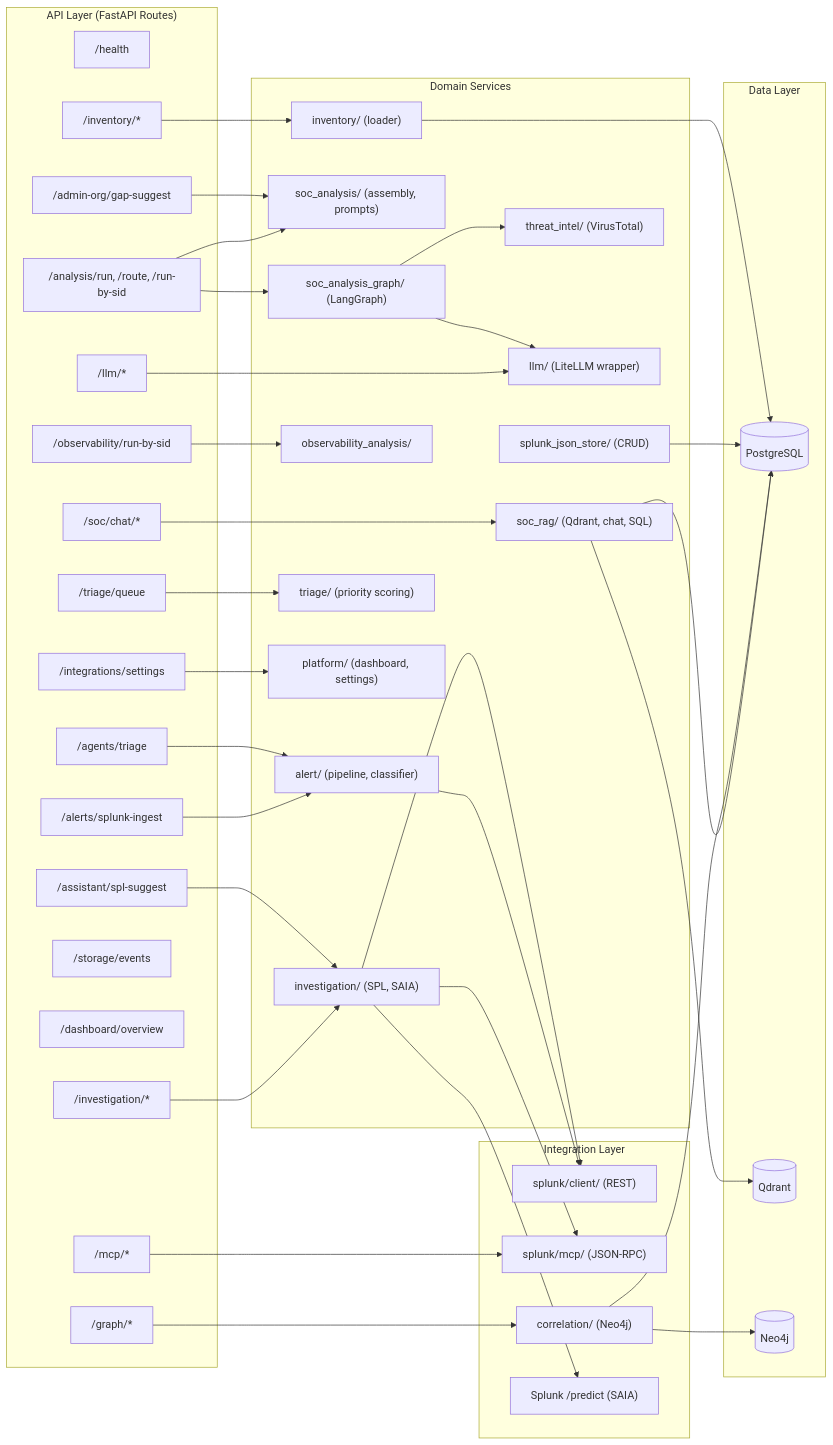
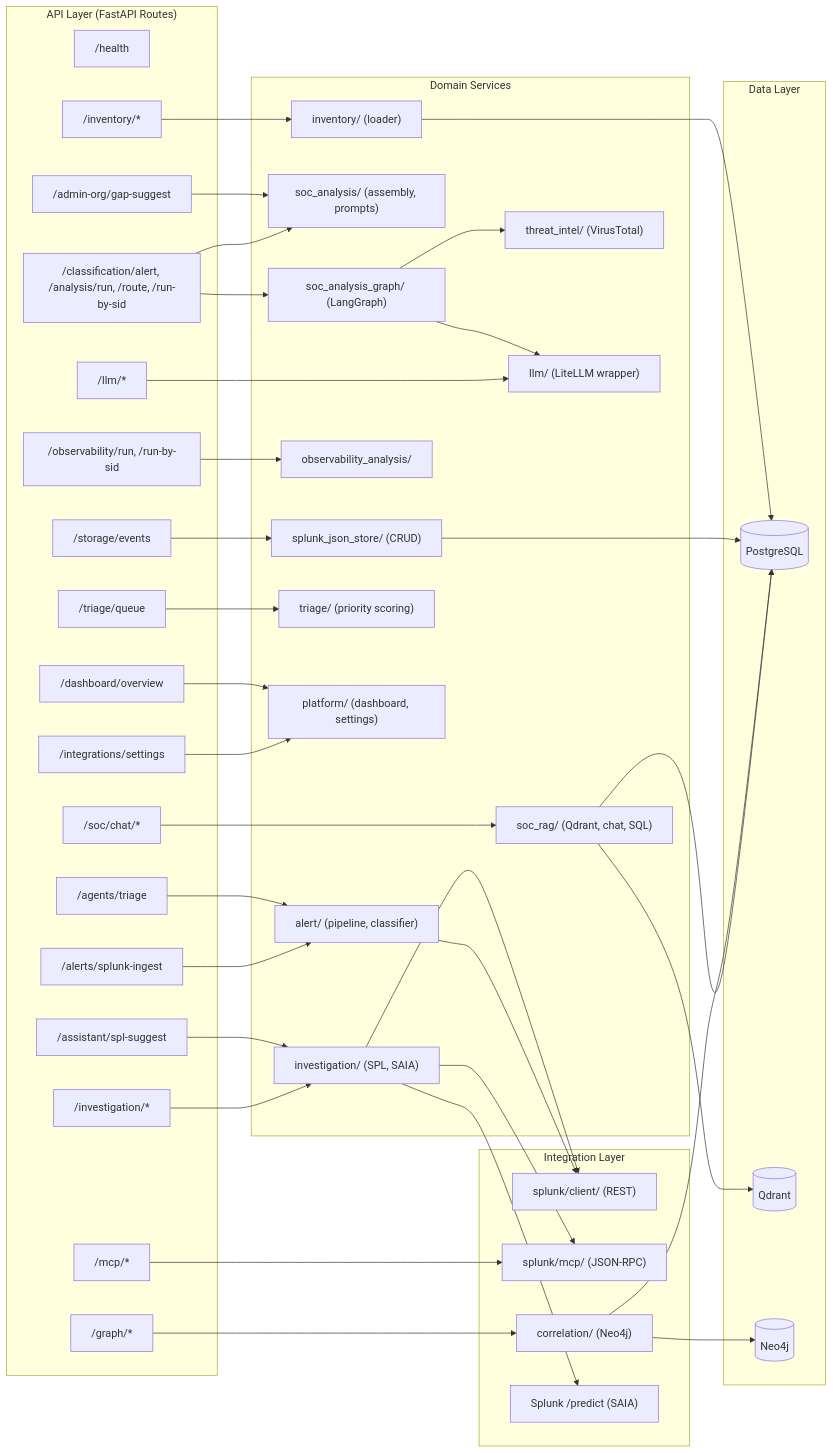
Before and after one commit to Sepideh-Asadollahi/ThinkingSOC-splunk-hackathon: the third of 8 diagrams in docs/architecture-views.md, drawn with Mermaid. The commit also changed other lines of this file and 55 other files, not shown here.

````diff
--- a/docs/architecture-views.md
+++ b/docs/architecture-views.md
@@ -147,79 +153,81 @@
 ```mermaid
 flowchart LR
   subgraph apiLayer ["API Layer (FastAPI Routes)"]
     RHealth["/health"]
     RIngest["/alerts/splunk-ingest"]
-    RAnalysis["/analysis/run, /route, /run-by-sid"]
+    RAnalysis["/classification/alert, /analysis/run, /route, /run-by-sid"]
     RAgents["/agents/triage"]
-    RObsBatch["/observability/run-by-sid"]
+    RObsBatch["/observability/run, /run-by-sid"]
     RTriage["/triage/queue"]
     RInvest["/investigation/*"]
     RInventory["/inventory/*"]
     RSOCChat["/soc/chat/*"]
     RGraph["/graph/*"]
     RMCP["/mcp/*"]
     RLLM["/llm/*"]
     RStorage["/storage/events"]
     RDashboard["/dashboard/overview"]
     RAssistant["/assistant/spl-suggest"]
     RAdminOrg["/admin-org/gap-suggest"]
     RIntegrations["/integrations/settings"]
   end
 
   subgraph serviceLayer ["Domain Services"]
     SAlert["alert/ (pipeline, classifier)"]
     SAnalysis["soc_analysis/ (assembly, prompts)"]
     SGraph["soc_analysis_graph/ (LangGraph)"]
     SInvestigation["investigation/ (SPL, SAIA)"]
     SObservability["observability_analysis/"]
     SRAG["soc_rag/ (Qdrant, chat, SQL)"]
     SInventory["inventory/ (loader)"]
     STriage["triage/ (priority scoring)"]
     SThreat["threat_intel/ (VirusTotal)"]
     SPlatform["platform/ (dashboard, settings)"]
     SLLM["llm/ (LiteLLM wrapper)"]
     SStore["splunk_json_store/ (CRUD)"]
   end
 
   subgraph integrationLayer ["Integration Layer"]
     SplunkREST["splunk/client/ (REST)"]
     SplunkMCP["splunk/mcp/ (JSON-RPC)"]
     CorrModule["correlation/ (Neo4j)"]
     PredictAPI["Splunk /predict (SAIA)"]
   end
 
   subgraph dataLayer ["Data Layer"]
     Postgres[("PostgreSQL")]
     QdrantDB[("Qdrant")]
     Neo4jDB[("Neo4j")]
   end
 
   RIngest --> SAlert
   RAnalysis --> SAnalysis
   RAnalysis --> SGraph
   RAgents --> SAlert
   RObsBatch --> SObservability
   RTriage --> STriage
   RInvest --> SInvestigation
   RInventory --> SInventory
   RSOCChat --> SRAG
   RGraph --> CorrModule
   RMCP --> SplunkMCP
   RLLM --> SLLM
   RAssistant --> SInvestigation
   RAdminOrg --> SAnalysis
   RIntegrations --> SPlatform
+  RDashboard --> SPlatform
+  RStorage --> SStore
 
   SAlert --> SplunkREST
   SGraph --> SLLM
   SGraph --> SThreat
   SInvestigation --> SplunkMCP
   SInvestigation --> SplunkREST
   SInvestigation --> PredictAPI
   SRAG --> QdrantDB
   SRAG --> Postgres
   CorrModule --> Neo4jDB
   CorrModule --> Postgres
   SStore --> Postgres
   SInventory --> Postgres
 ```
````
